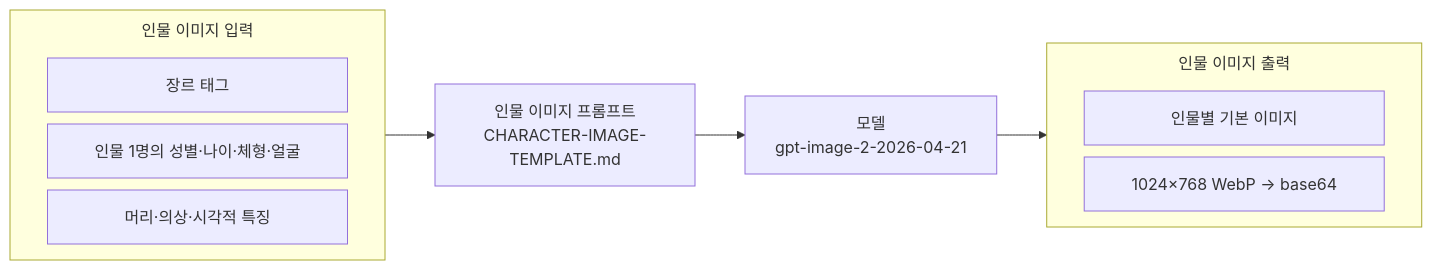
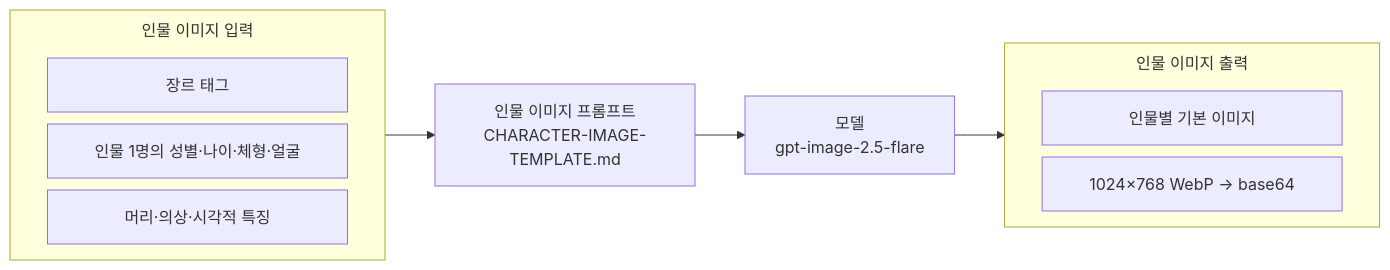
Before and after one commit to KIM-N-KANG/knk-harness: the seventh of 21 diagrams in docs/spec/5-ai-server-spec.md, drawn with Mermaid. The commit also changed other lines of this file and 2 other files, not shown here.

````diff
--- a/docs/spec/5-ai-server-spec.md
+++ b/docs/spec/5-ai-server-spec.md
@@ -259,20 +260,20 @@
 ```mermaid
 %%{init: {"flowchart": {"nodeSpacing": 12, "subGraphTitleMargin": {"top": 8, "bottom": 24}}}}%%
 flowchart LR
     subgraph I["인물 이미지 입력"]
         direction LR
         I_item1["<div style='width:240px;text-align:center;'><span>장르 태그</span></div>"]
         I_item2["<div style='width:240px;text-align:center;'><span>인물 1명의 성별·나이·체형·얼굴</span></div>"]
         I_item3["<div style='width:240px;text-align:center;'><span>머리·의상·시각적 특징</span></div>"]
     end
     P["인물 이미지 프롬프트<br/>CHARACTER-IMAGE-TEMPLATE.md"]
-    M["모델<br/>gpt-image-2-2026-04-21"]
+    M["모델<br/>gpt-image-2.5-flare"]
     subgraph O["인물 이미지 출력"]
         direction LR
         O_item1["<div style='width:240px;text-align:center;'><span>인물별 기본 이미지</span></div>"]
         O_item2["<div style='width:240px;text-align:center;'><span>1024×768 WebP → base64</span></div>"]
     end
     I --> P
     P --> M
     M --> O
 ```
````
